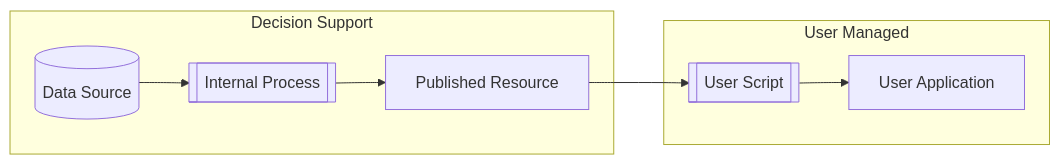
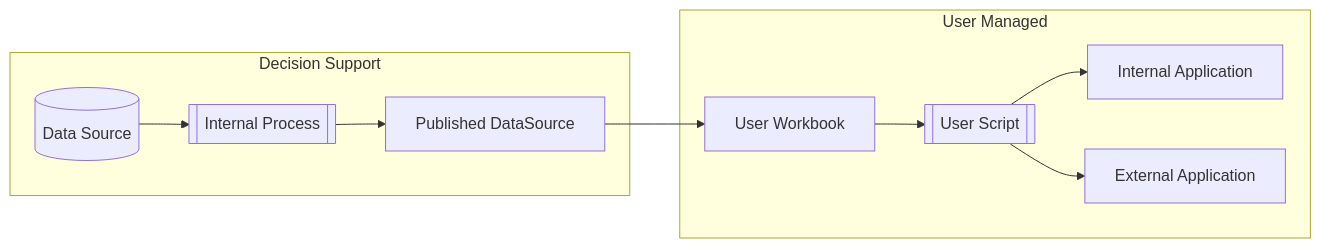
One commit to osu-iar/tableau-api-examples changed the diagram in README.md. Above: the diagram before and after it, drawn with Mermaid. The commit also changed other lines of this file and 4 other files, not shown here.

````diff
--- a/README.md
+++ b/README.md
@@ -7,13 +11,14 @@
 ```mermaid
 flowchart LR
     subgraph ds[Decision Support]
        db[(Data Source)] --> process[[Internal Process]]
-       process --> resource[Published Resource]
+       process --> resource[Published DataSource]
     end
     
     subgraph user[User Managed]
-        uscript[[ User Script ]] --> uapp[User Application]
-    end
-    
-    resource --> uscript
+        resource --> uworkbook[User Workbook]
+        uworkbook --> uscript[[ User Script ]]
+        uscript --> uapp[Internal Application]
+        uscript --> eapp[External Application]
+    end 
 ```
````
